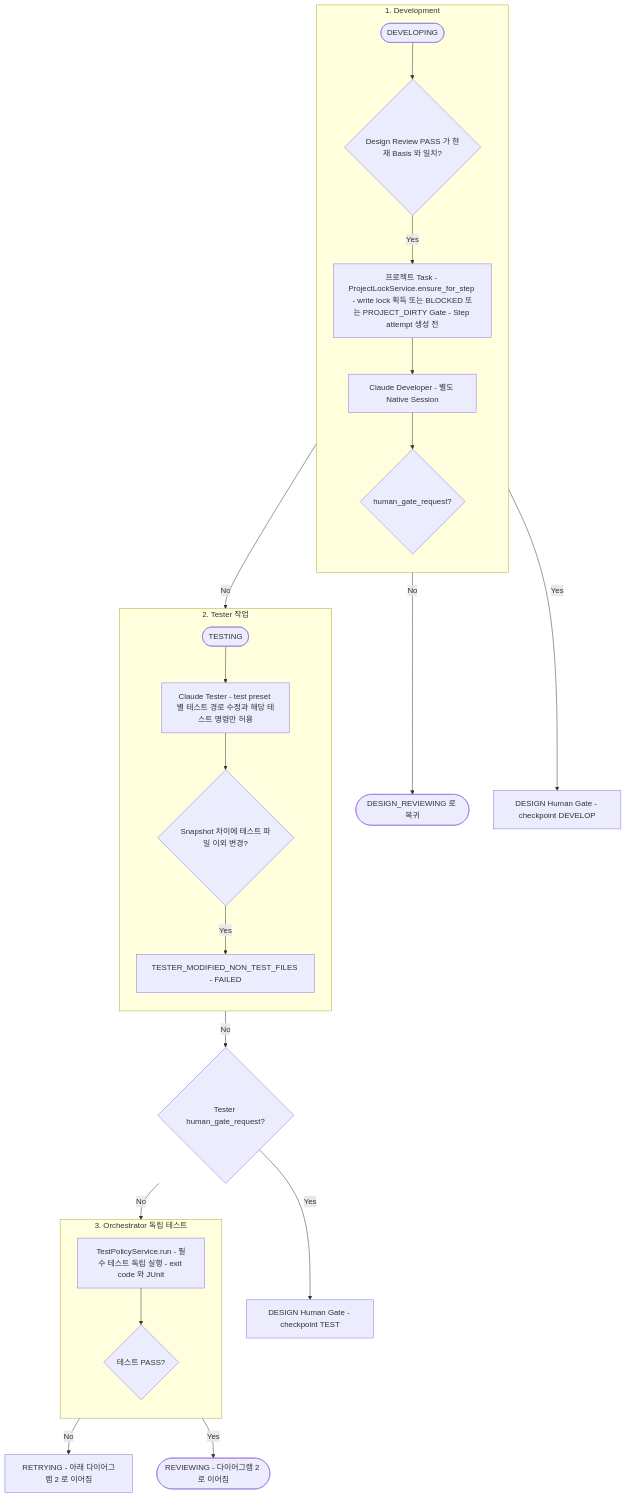
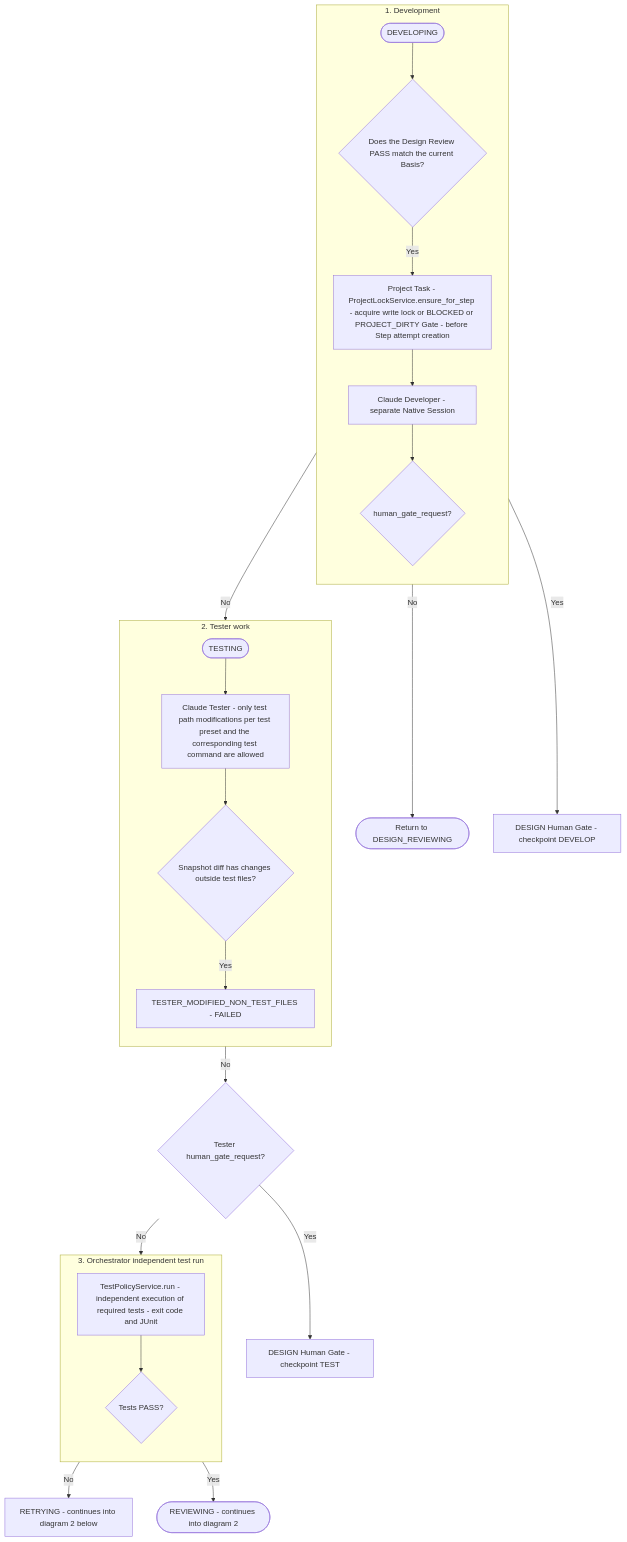
The first of 2 diagrams in docs/workflow/05-development-testing.md (mdgome/orchestra-ai), drawn with Mermaid before and after one commit. The commit also changed other lines of this file and 31 other files, not shown here.

````diff
--- a/docs/workflow/05-development-testing.md
+++ b/docs/workflow/05-development-testing.md
@@ -11,37 +13,37 @@
 ```mermaid
 flowchart TD
     subgraph DEVELOPMENT["1. Development"]
         direction TB
-        A(["DEVELOPING"]) --> B{"Design Review PASS 가 현재 Basis 와 일치?"}
-        B -->|"Yes"| PG["프로젝트 Task - ProjectLockService.ensure_for_step - write lock 획득 또는 BLOCKED 또는 PROJECT_DIRTY Gate - Step attempt 생성 전"]
-        PG --> C["Claude Developer - 별도 Native Session"]
+        A(["DEVELOPING"]) --> B{"Does the Design Review PASS match the current Basis?"}
+        B -->|"Yes"| PG["Project Task - ProjectLockService.ensure_for_step - acquire write lock or BLOCKED or PROJECT_DIRTY Gate - before Step attempt creation"]
+        PG --> C["Claude Developer - separate Native Session"]
         C --> D{"human_gate_request?"}
     end
 
-    subgraph TESTER["2. Tester 작업"]
+    subgraph TESTER["2. Tester work"]
         direction TB
-        T(["TESTING"]) --> E["Claude Tester - test preset 별 테스트 경로 수정과 해당 테스트 명령만 허용"]
-        E --> F{"Snapshot 차이에 테스트 파일 이외 변경?"}
+        T(["TESTING"]) --> E["Claude Tester - only test path modifications per test preset and the corresponding test command are allowed"]
+        E --> F{"Snapshot diff has changes outside test files?"}
         F -->|"Yes"| PV["TESTER_MODIFIED_NON_TEST_FILES - FAILED"]
     end
 
-    subgraph ORCH["3. Orchestrator 독립 테스트"]
+    subgraph ORCH["3. Orchestrator independent test run"]
         direction TB
-        G["TestPolicyService.run - 필수 테스트 독립 실행 - exit code 와 JUnit"] --> H{"테스트 PASS?"}
+        G["TestPolicyService.run - independent execution of required tests - exit code and JUnit"] --> H{"Tests PASS?"}
     end
 
-    DR(["DESIGN_REVIEWING 로 복귀"])
+    DR(["Return to DESIGN_REVIEWING"])
     HG["DESIGN Human Gate - checkpoint DEVELOP"]
     HGT["DESIGN Human Gate - checkpoint TEST"]
-    RT["RETRYING - 아래 다이어그램 2 로 이어짐"]
-    R(["REVIEWING - 다이어그램 2 로 이어짐"])
+    RT["RETRYING - continues into diagram 2 below"]
+    R(["REVIEWING - continues into diagram 2"])
 
     B -->|"No"| DR
     D -->|"Yes"| HG
     D -->|"No"| T
     F -->|"No"| TG{"Tester human_gate_request?"}
     TG -->|"Yes"| HGT
     TG -->|"No"| G
     H -->|"No"| RT
     H -->|"Yes"| R
 ```
````
